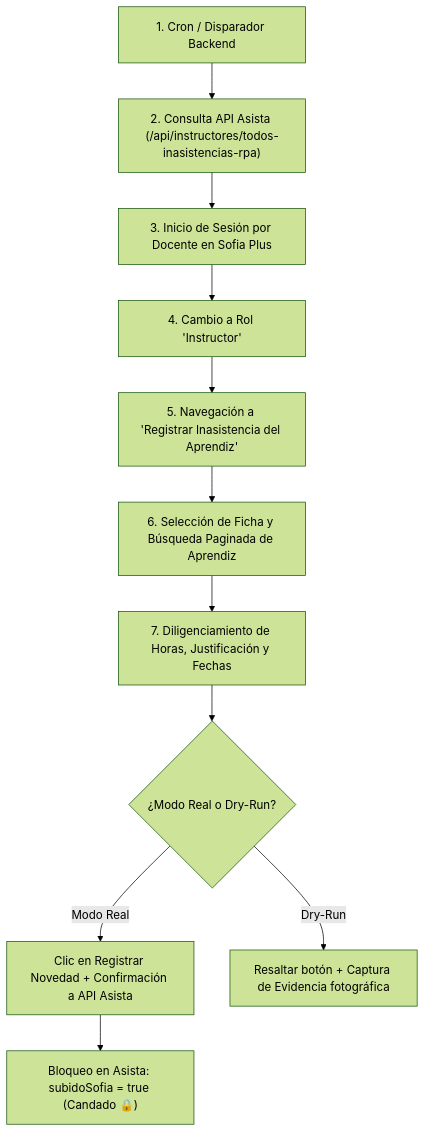
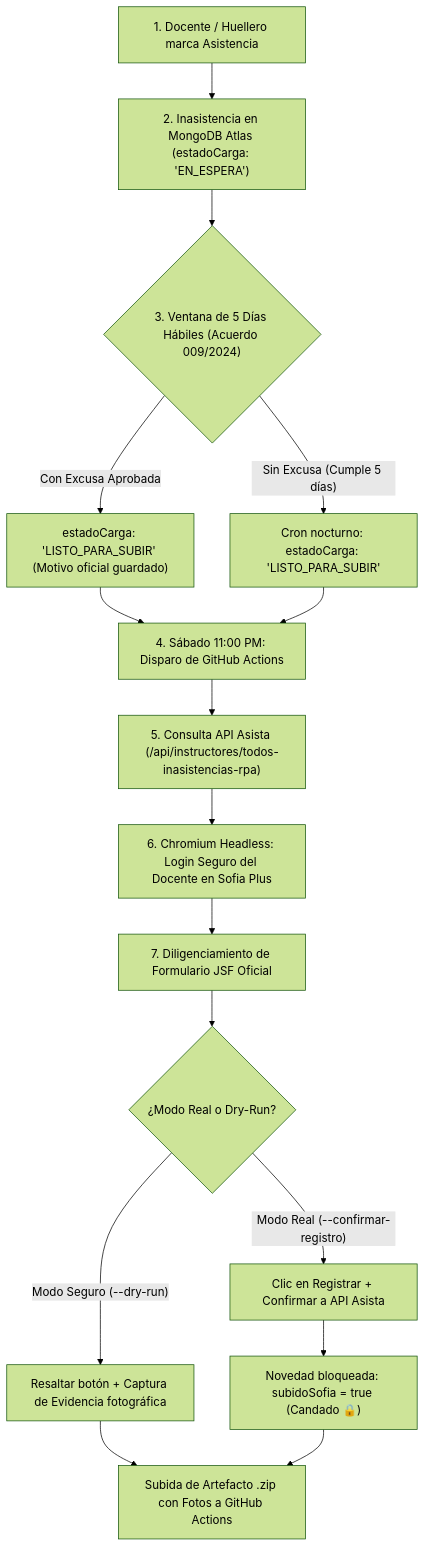
One commit to JuanViviescas00/Asista changed the diagram in rpa/README.md. Above: the diagram before and after it, drawn with Mermaid (forest theme). The commit also changed other lines of this file and 8 other files, not shown here.

Commit message:
docs: actualizar manual de usuario, diagramas de arquitectura y evidencias de produccion del modulo RPA

````diff
--- a/rpa/README.md
+++ b/rpa/README.md
@@ -28,13 +31,18 @@
 ```mermaid
 flowchart TD
-    A["1. Cron / Disparador Backend"] --> B["2. Consulta API Asista (/api/instructores/todos-inasistencias-rpa)"]
-    B --> C["3. Inicio de Sesión por Docente en Sofia Plus"]
-    C --> D["4. Cambio a Rol 'Instructor'"]
-    D --> E["5. Navegación a 'Registrar Inasistencia del Aprendiz'"]
-    E --> F["6. Selección de Ficha y Búsqueda Paginada de Aprendiz"]
-    F --> G["7. Diligenciamiento de Horas, Justificación y Fechas"]
-    G --> H{"¿Modo Real o Dry-Run?"}
-    H -- "Modo Real" --> I["Clic en Registrar Novedad + Confirmación a API Asista"]
-    H -- "Dry-Run" --> J["Resaltar botón + Captura de Evidencia fotográfica"]
-    I --> K["Bloqueo en Asista: subidoSofia = true (Candado 🔒)"]
+    A["1. Docente / Huellero marca Asistencia"] --> B["2. Inasistencia en MongoDB Atlas (estadoCarga: 'EN_ESPERA')"]
+    B --> C{"3. Ventana de 5 Días Hábiles (Acuerdo 009/2024)"}
+    C -- "Con Excusa Aprobada" --> D["estadoCarga: 'LISTO_PARA_SUBIR' (Motivo oficial guardado)"]
+    C -- "Sin Excusa (Cumple 5 días)" --> E["Cron nocturno: estadoCarga: 'LISTO_PARA_SUBIR'"]
+    D --> F["4. Sábado 11:00 PM: Disparo de GitHub Actions"]
+    E --> F
+    F --> G["5. Consulta API Asista (/api/instructores/todos-inasistencias-rpa)"]
+    G --> H["6. Chromium Headless: Login Seguro del Docente en Sofia Plus"]
+    H --> I["7. Diligenciamiento de Formulario JSF Oficial"]
+    I --> J{"¿Modo Real o Dry-Run?"}
+    J -- "Modo Real (--confirmar-registro)" --> K["Clic en Registrar + Confirmar a API Asista"]
+    J -- "Modo Seguro (--dry-run)" --> L["Resaltar botón + Captura de Evidencia fotográfica"]
+    K --> M["Novedad bloqueada: subidoSofia = true (Candado 🔒)"]
+    L --> N["Subida de Artefacto .zip con Fotos a GitHub Actions"]
+    M --> N
 ```
````
